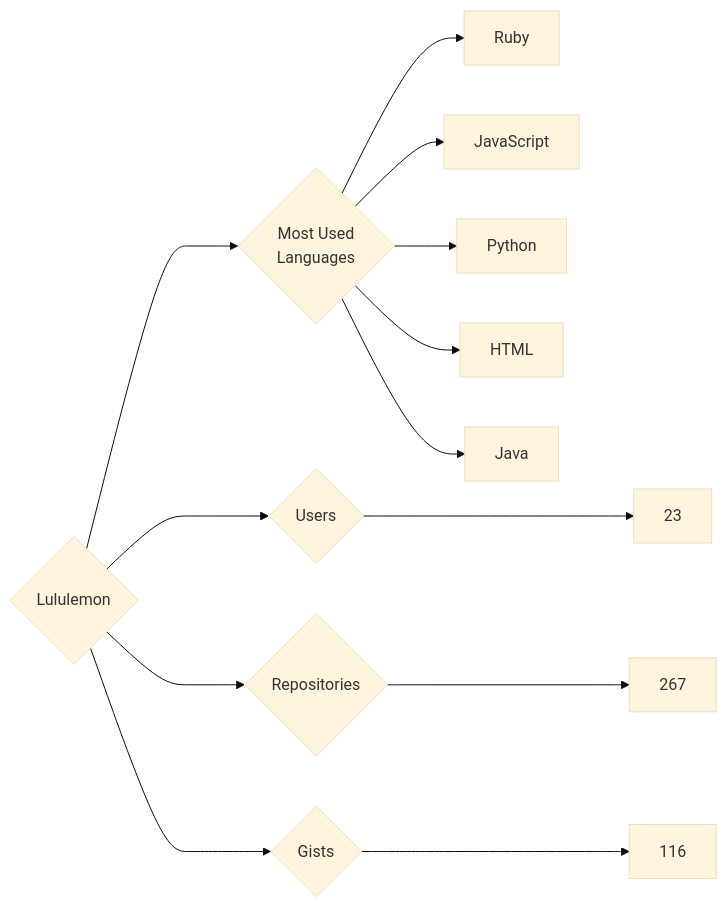
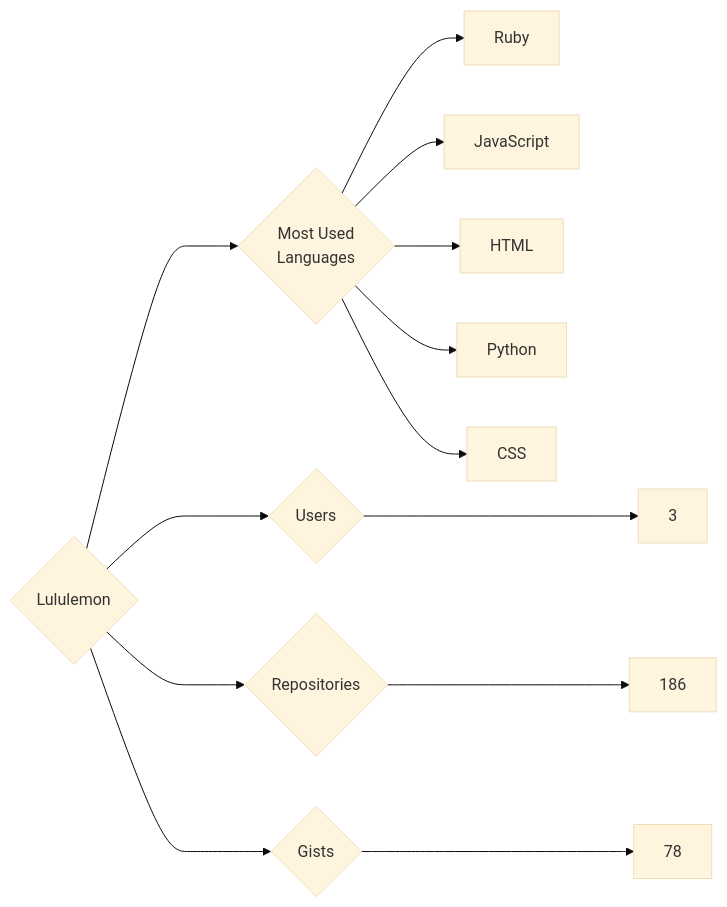
Before and after one commit to trickest/insiders: the diagram in targets/Lululemon/README.md, drawn with Mermaid (base theme). The commit also changed 924 other files, not shown here.

````diff
--- a/targets/Lululemon/README.md
+++ b/targets/Lululemon/README.md
@@ -3,13 +3,13 @@
 ```mermaid
 graph LR
 COMPANY_NAME{Lululemon}
-COMPANY_NAME ---> U{Users} ---> UN[23]
-COMPANY_NAME ---> R{Repositories} ---> RN[267]
-COMPANY_NAME ---> G{Gists} ---> GN[116]
+COMPANY_NAME ---> U{Users} ---> UN[3]
+COMPANY_NAME ---> R{Repositories} ---> RN[186]
+COMPANY_NAME ---> G{Gists} ---> GN[78]
 COMPANY_NAME ---> ML{Most Used<br>Languages}
 ML --> Ruby[Ruby]
 ML --> JavaScript[JavaScript]
+ML --> HTML[HTML]
 ML --> Python[Python]
-ML --> HTML[HTML]
-ML --> Java[Java]
+ML --> CSS[CSS]
 ```
````
